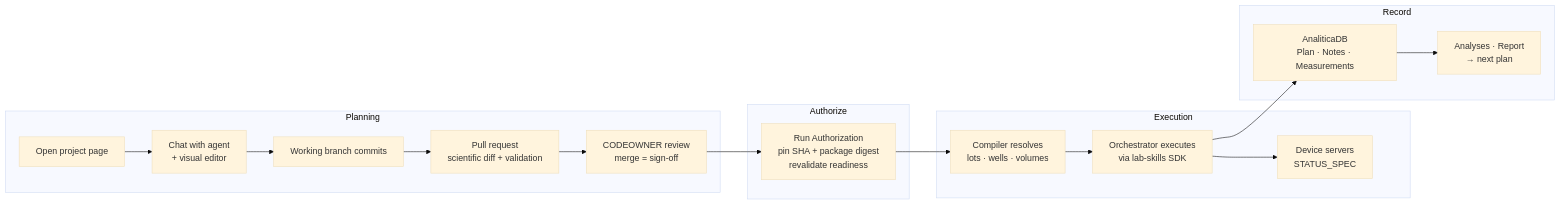
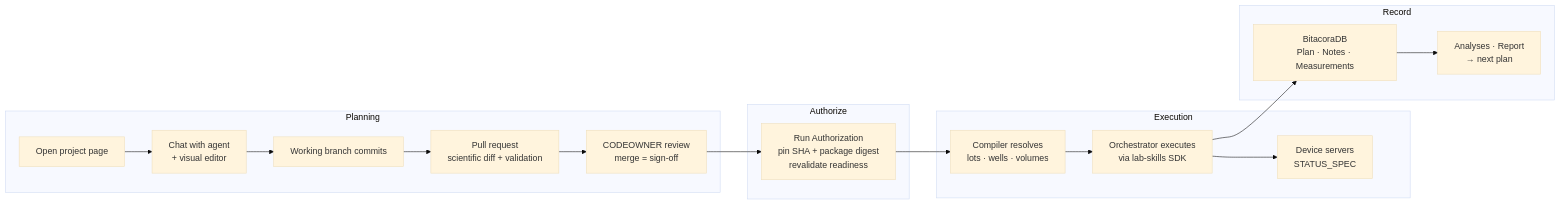
Before and after one commit to AccelerationConsortium/ac-organic-lab: the diagram in docs/AGENTIC_ELN_DESIGN.md, drawn with Mermaid (base theme). The commit also changed other lines of this file and 37 other files, not shown here.

````diff
--- a/docs/AGENTIC_ELN_DESIGN.md
+++ b/docs/AGENTIC_ELN_DESIGN.md
@@ -207,21 +207,21 @@
 ```mermaid
 flowchart LR
     subgraph plan [Planning]
       A[Open project page] --> B[Chat with agent<br/>+ visual editor]
       B --> C[Working branch commits]
       C --> D[Pull request<br/>scientific diff + validation]
       D --> E[CODEOWNER review<br/>merge = sign-off]
     end
     subgraph authorize [Authorize]
       E --> F[Run Authorization<br/>pin SHA + package digest<br/>revalidate readiness]
     end
     subgraph run [Execution]
       F --> G[Compiler resolves<br/>lots · wells · volumes]
       G --> H[Orchestrator executes<br/>via lab-skills SDK]
       H --> I[Device servers<br/>STATUS_SPEC]
     end
     subgraph record [Record]
-      H --> J[AnaliticaDB<br/>Plan · Notes · Measurements]
+      H --> J[BitacoraDB<br/>Plan · Notes · Measurements]
       J --> K[Analyses · Report<br/>→ next plan]
     end
 ```
````
